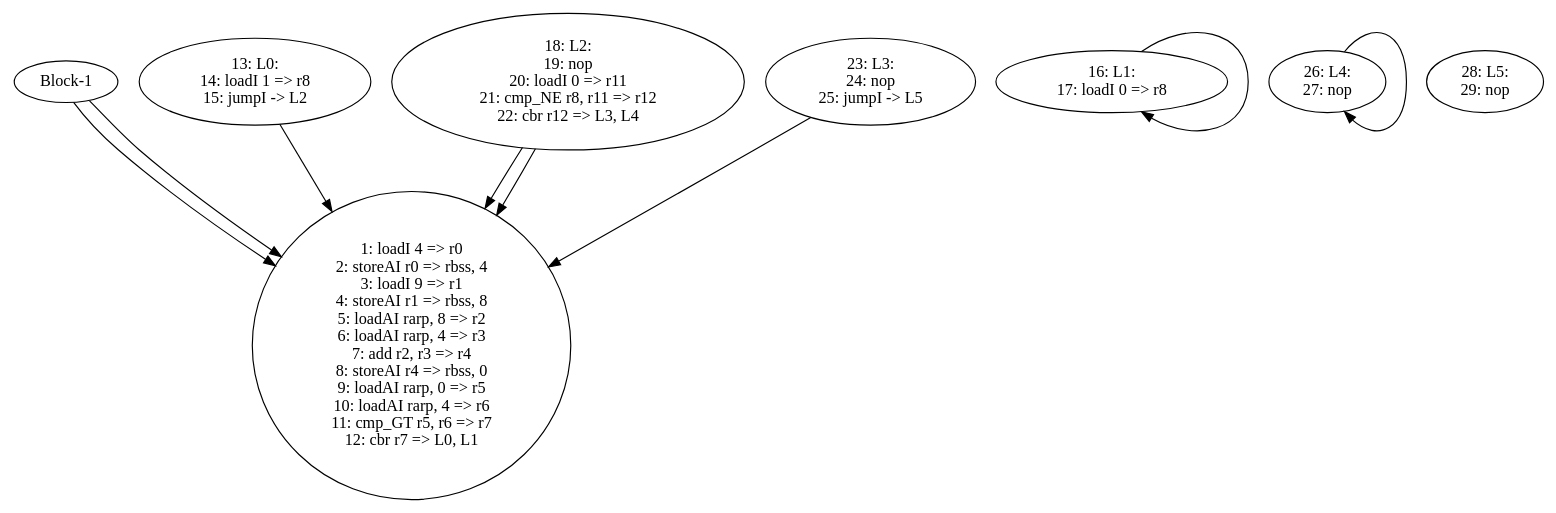
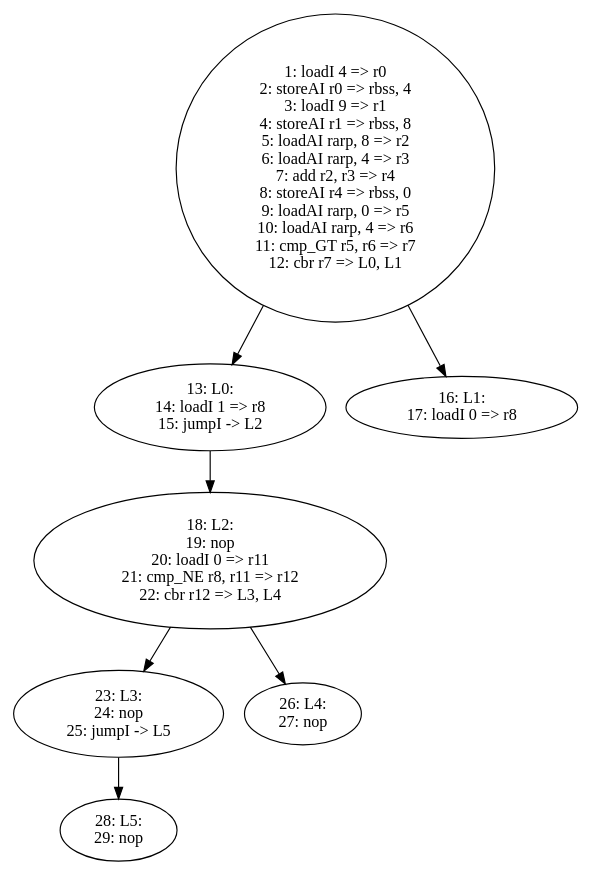
One commit to LimaXII/Compiladores changed the diagram in CFD.dot. Above: the diagram before and after it, drawn with Graphviz. The commit also changed 1 other file, not shown here.

Commit message:
reafactoring block connections

```diff
--- a/CFD.dot
+++ b/CFD.dot
@@ -1,46 +1,44 @@
 #loadI 4 => r0
 #storeAI r0 => rbss, 4
 #loadI 9 => r1
 #storeAI r1 => rbss, 8
 #loadAI rbss, 8 => r2
 #loadAI rbss, 4 => r3
 #add r2, r3 => r4
 #storeAI r4 => rbss, 0
 #loadAI rbss, 0 => r5
 #loadAI rbss, 4 => r6
 #cmp_GT r5, r6 -> r7
 #cbr r7 -> L0, L1
 #L0: 
 #loadI 1 => r8
 #jumpI -> L2
 #L1: 
 #loadI 0 => r8
 #L2: 
 #nop
 #loadI 0 => r11
 #cmp_NE r8, r11 -> r12
 #cbr r12 -> L3, L4
 #L3: 
 #nop
 #jumpI -> L5
 #L4: 
 #nop
 #L5: 
 #nop
 digraph CFG {
 	"Block0" [label="1: loadI 4 => r0\n2: storeAI r0 => rbss, 4\n3: loadI 9 => r1\n4: storeAI r1 => rbss, 8\n5: loadAI rarp, 8 => r2\n6: loadAI rarp, 4 => r3\n7: add r2, r3 => r4\n8: storeAI r4 => rbss, 0\n9: loadAI rarp, 0 => r5\n10: loadAI rarp, 4 => r6\n11: cmp_GT r5, r6 => r7\n12: cbr r7 => L0, L1\n"];
-	"Block-1" -> "Block0";
-	"Block-1" -> "Block0";
-	"Block1" [label="13: L0: \n14: loadI 1 => r8\n15: jumpI -> L2\n"];
-	"Block1" -> "Block0";
-	"Block2" [label="16: L1: \n17: loadI 0 => r8\n"];
-	"Block2" -> "Block2";
-	"Block3" [label="18: L2: \n19: nop\n20: loadI 0 => r11\n21: cmp_NE r8, r11 => r12\n22: cbr r12 => L3, L4\n"];
-	"Block3" -> "Block0";
-	"Block3" -> "Block0";
-	"Block4" [label="23: L3: \n24: nop\n25: jumpI -> L5\n"];
-	"Block4" -> "Block0";
-	"Block5" [label="26: L4: \n27: nop\n"];
-	"Block5" -> "Block5";
-	"Block6" [label="28: L5: \n29: nop\n"];
+	"Block0" -> "Block L0";
+	"Block0" -> "Block L1";
+	"Block L0" [label="13: L0: \n14: loadI 1 => r8\n15: jumpI -> L2\n"];
+	"Block L0" -> "Block L2";
+	"Block L1" [label="16: L1: \n17: loadI 0 => r8\n"];
+	"Block L2" [label="18: L2: \n19: nop\n20: loadI 0 => r11\n21: cmp_NE r8, r11 => r12\n22: cbr r12 => L3, L4\n"];
+	"Block L2" -> "Block L3";
+	"Block L2" -> "Block L4";
+	"Block L3" [label="23: L3: \n24: nop\n25: jumpI -> L5\n"];
+	"Block L3" -> "Block L5";
+	"Block L4" [label="26: L4: \n27: nop\n"];
+	"Block L5" [label="28: L5: \n29: nop\n"];
 }
```
